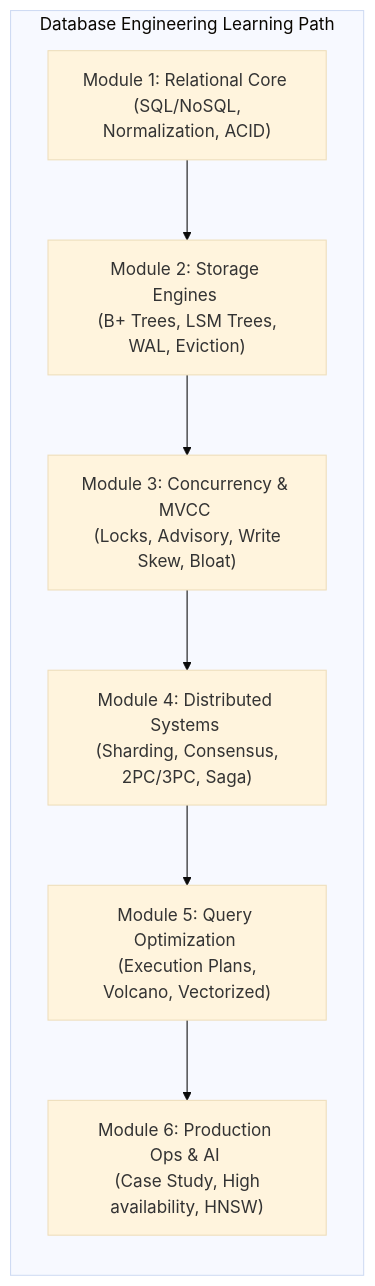
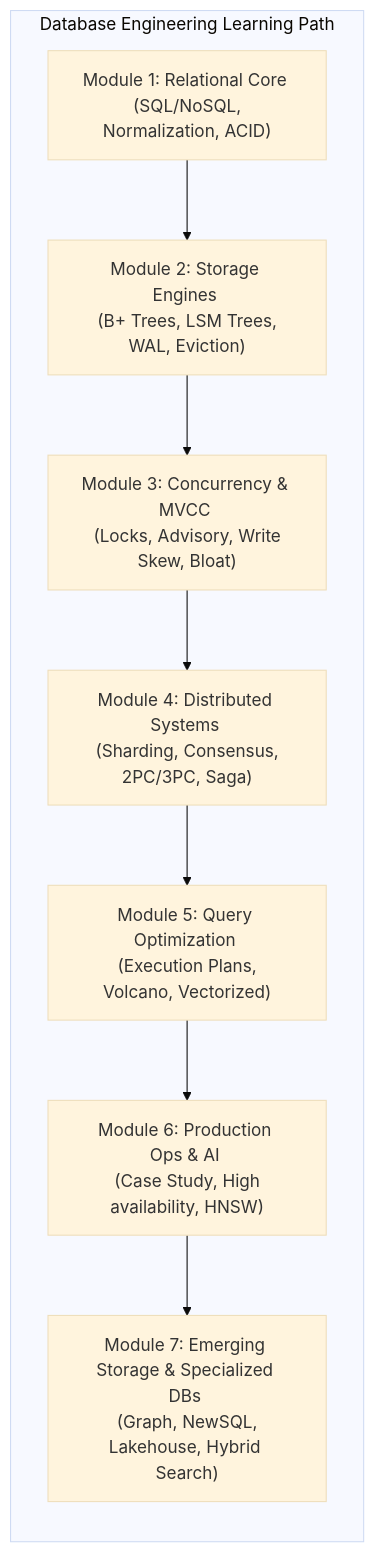
One commit to awoladhossain/awolad-docs changed the diagram in content/database-index.md. Above: the diagram before and after it, drawn with Mermaid (base theme). The commit also changed other lines of this file and 1 other file, not shown here.

````diff
--- a/content/database-index.md
+++ b/content/database-index.md
@@ -16,18 +16,20 @@
 ```mermaid
 flowchart TD
     subgraph DatabaseEngineeringRoadmap ["Database Engineering Learning Path"]
         direction TB
         M1["Module 1: Relational Core <br> (SQL/NoSQL, Normalization, ACID)"]
         M2["Module 2: Storage Engines <br> (B+ Trees, LSM Trees, WAL, Eviction)"]
         M3["Module 3: Concurrency & MVCC <br> (Locks, Advisory, Write Skew, Bloat)"]
         M4["Module 4: Distributed Systems <br> (Sharding, Consensus, 2PC/3PC, Saga)"]
         M5["Module 5: Query Optimization <br> (Execution Plans, Volcano, Vectorized)"]
         M6["Module 6: Production Ops & AI <br> (Case Study, High availability, HNSW)"]
+        M7["Module 7: Emerging Storage & Specialized DBs <br> (Graph, NewSQL, Lakehouse, Hybrid Search)"]
         
         M1 --> M2
         M2 --> M3
         M3 --> M4
         M4 --> M5
         M5 --> M6
+        M6 --> M7
     end
 ```
````
